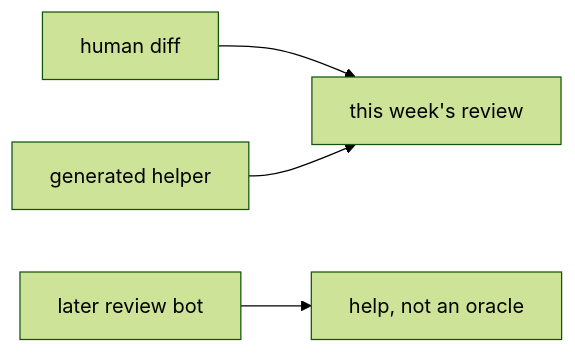
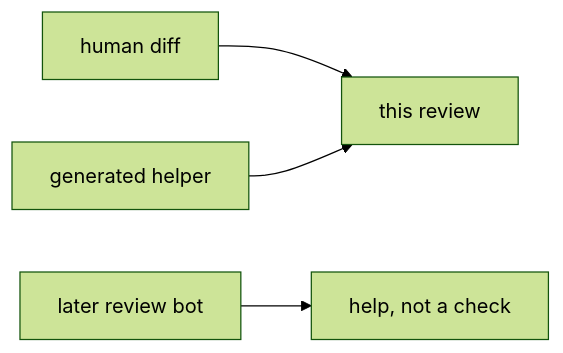
Before and after one commit to ishitvagoel/LearnSecurity: the second of 2 diagrams in content/modules/9/9.2/lessons/02-model.md, drawn with Mermaid (forest theme). The commit also changed 98 other files, not shown here.

````diff
--- a/content/modules/9/9.2/lessons/02-model.md
+++ b/content/modules/9/9.2/lessons/02-model.md
@@ -27,6 +27,6 @@
 ```mermaid
 flowchart LR
-  Human[human diff] --> Review["this week's review"]
+  Human[human diff] --> Review["this review"]
   Gen[generated helper] --> Review
-  Bot["later review bot"] --> Aid[help, not an oracle]
+  Bot["later review bot"] --> Aid[help, not a check]
 ```
````
